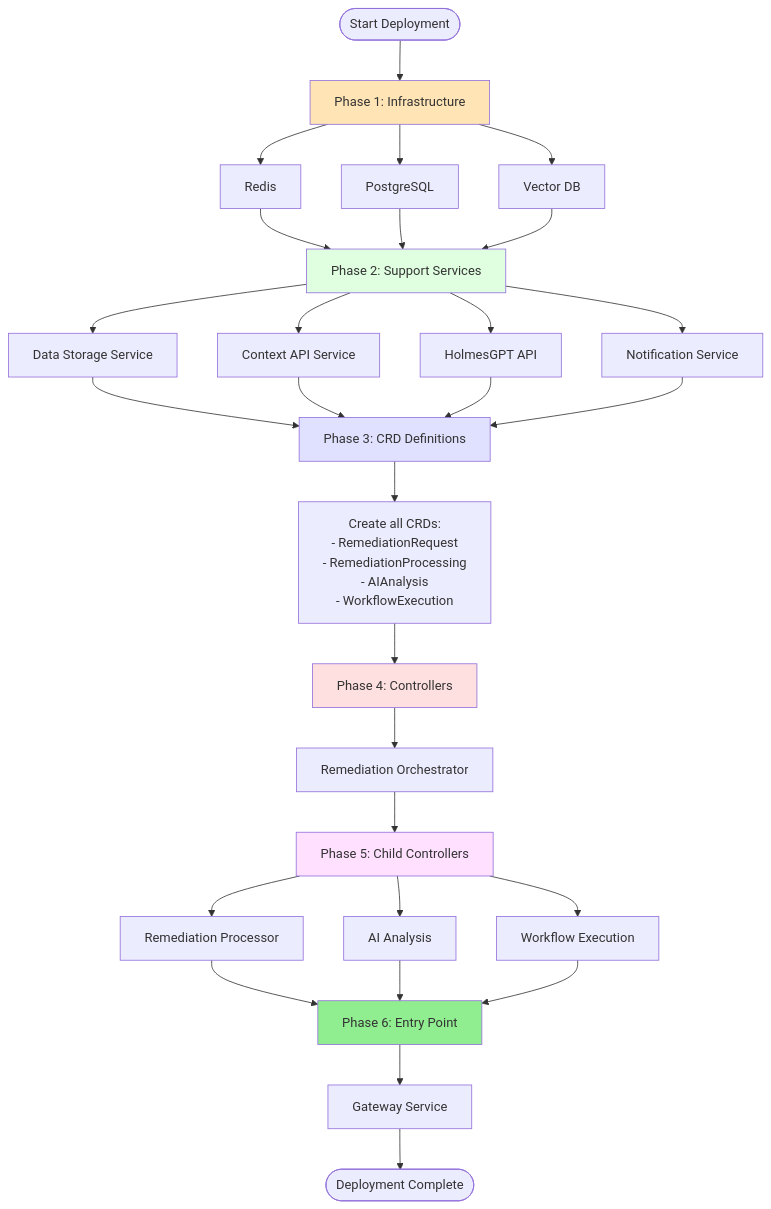
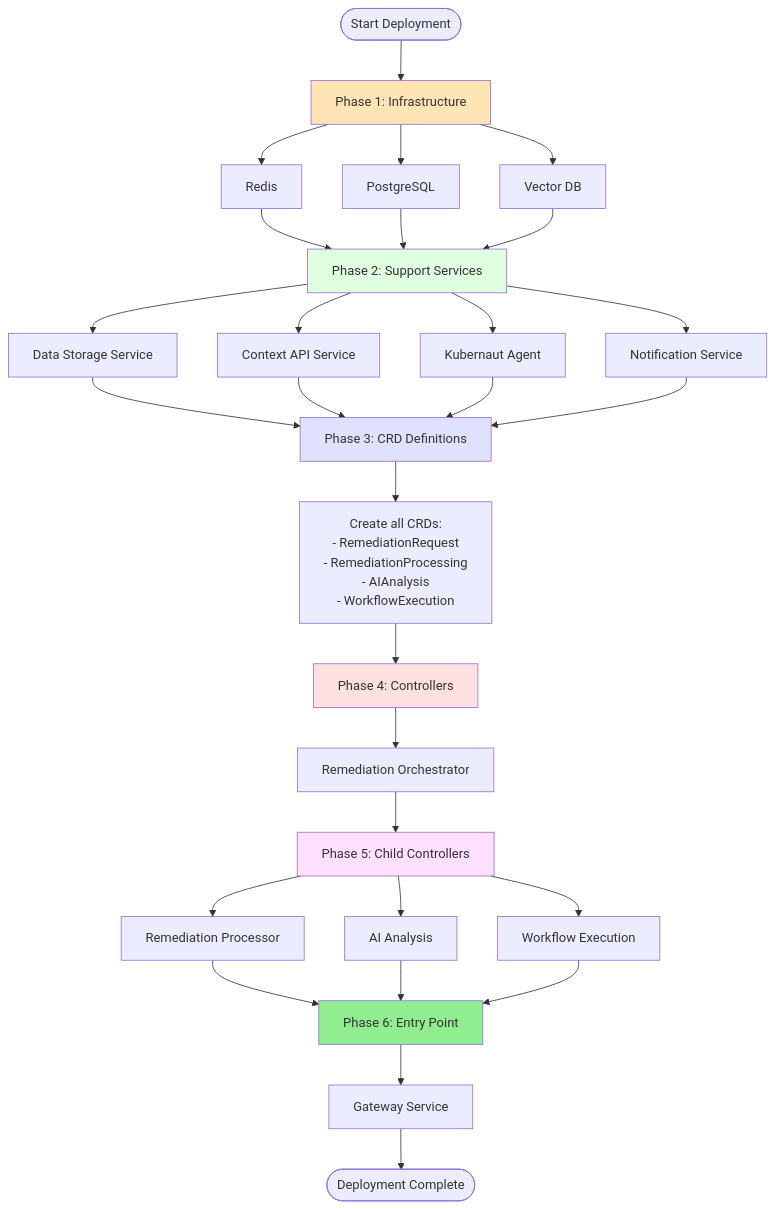
One commit to jordigilh/kubernaut changed the third of 8 diagrams in docs/architecture/SERVICE_DEPENDENCY_MAP.md. Above: the diagram before and after it, drawn with Mermaid. The commit also changed other lines of this file and 36 other files, not shown here.

````diff
--- a/docs/architecture/SERVICE_DEPENDENCY_MAP.md
+++ b/docs/architecture/SERVICE_DEPENDENCY_MAP.md
@@ -228,50 +228,50 @@
 ```mermaid
 graph TD
     Start([Start Deployment])
 
     Start --> Phase1[Phase 1: Infrastructure]
     Phase1 --> Redis[Redis]
     Phase1 --> PostgreSQL[PostgreSQL]
     Phase1 --> VectorDB[Vector DB]
 
     Redis --> Phase2[Phase 2: Support Services]
     PostgreSQL --> Phase2
     VectorDB --> Phase2
 
     Phase2 --> DataStorage[Data Storage Service]
     Phase2 --> ContextAPI[Context API Service]
-    Phase2 --> HolmesGPT[HolmesGPT API]
+    Phase2 --> HolmesGPT[Kubernaut Agent]
     Phase2 --> Notification[Notification Service]
 
     DataStorage --> Phase3[Phase 3: CRD Definitions]
     ContextAPI --> Phase3
     HolmesGPT --> Phase3
     Notification --> Phase3
 
     Phase3 --> CRDs[Create all CRDs:<br/>- RemediationRequest<br/>- RemediationProcessing<br/>- AIAnalysis<br/>- WorkflowExecution]
 
     CRDs --> Phase4[Phase 4: Controllers]
 
     Phase4 --> RemediationOrchestrator[Remediation Orchestrator]
 
     RemediationOrchestrator --> Phase5[Phase 5: Child Controllers]
 
     Phase5 --> RemediationProcessor[Remediation Processor]
     Phase5 --> AIAnalysis[AI Analysis]
     Phase5 --> WorkflowExecution[Workflow Execution]
 
     RemediationProcessor --> Phase6[Phase 6: Entry Point]
     AIAnalysis --> Phase6
     WorkflowExecution --> Phase6
 
     Phase6 --> Gateway[Gateway Service]
 
     Gateway --> Complete([Deployment Complete])
 
     style Phase1 fill:#FFE4B5
     style Phase2 fill:#E0FFE0
     style Phase3 fill:#E0E0FF
     style Phase4 fill:#FFE0E0
     style Phase5 fill:#FFE0FF
     style Phase6 fill:#90EE90
 ```
````
